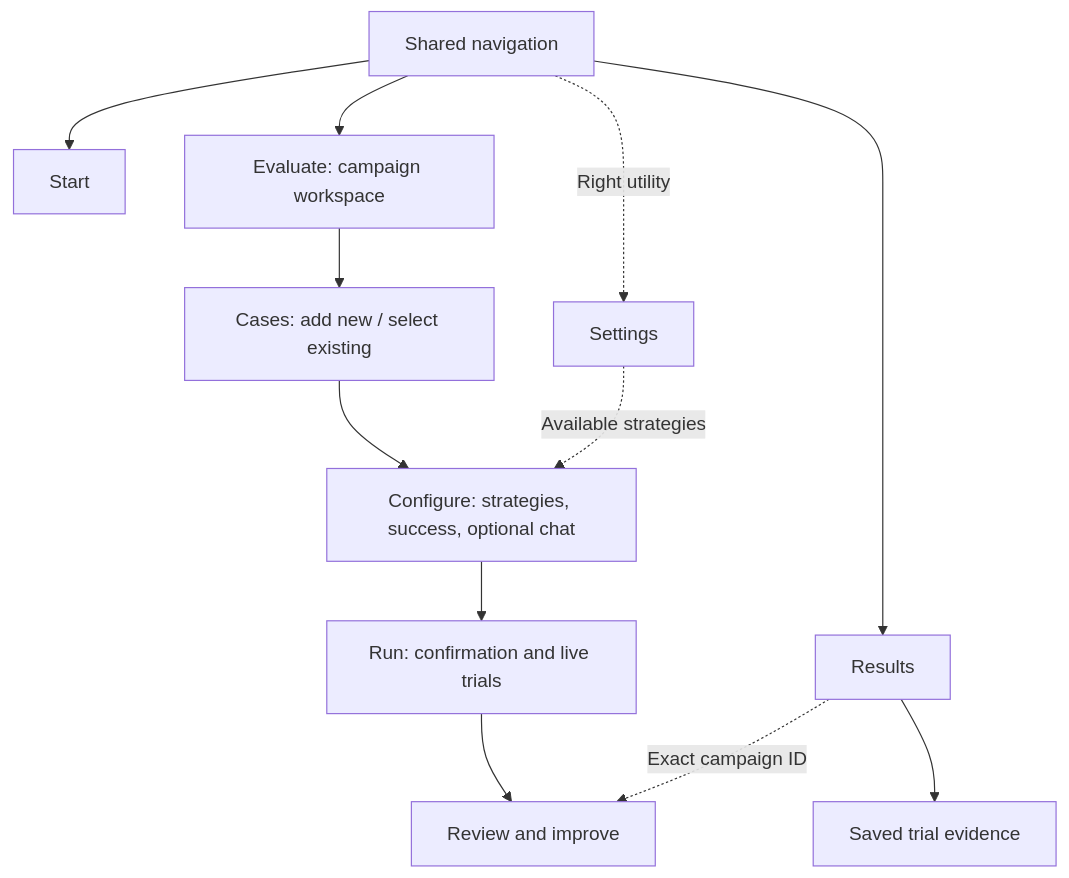
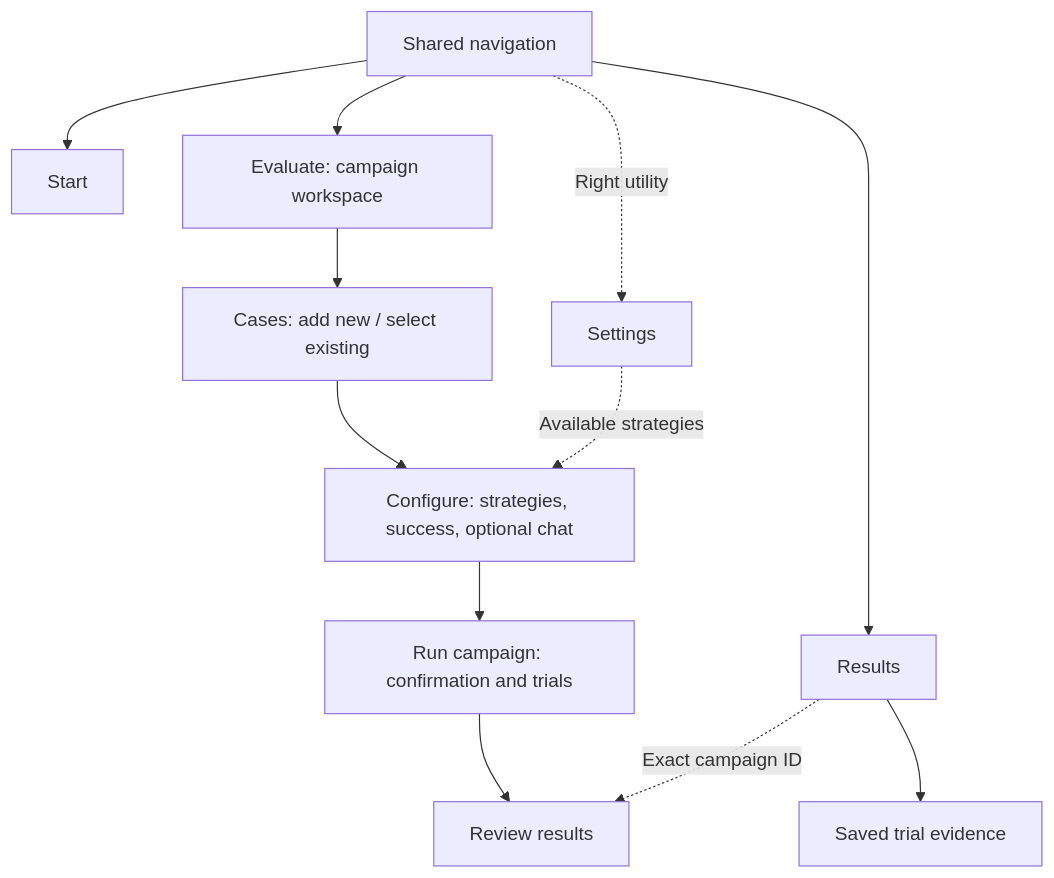
Before and after one commit to niksacdev/rove: the first of 2 diagrams in docs/architecture/ADR-025-workflow-navigation.md, drawn with Mermaid. The commit also changed other lines of this file and 43 other files, not shown here.

````diff
--- a/docs/architecture/ADR-025-workflow-navigation.md
+++ b/docs/architecture/ADR-025-workflow-navigation.md
@@ -28,14 +28,14 @@
 ```mermaid
 flowchart TD
     N["Shared navigation"] --> S["Start"]
     N --> E["Evaluate: campaign workspace"]
     N --> R["Results"]
     N -. Right utility .-> U["Settings"]
     E --> C["Cases: add new / select existing"]
     C --> F["Configure: strategies, success, optional chat"]
-    F --> L["Run: confirmation and live trials"]
-    L --> V["Review and improve"]
+    F --> L["Run campaign: confirmation and trials"]
+    L --> V["Review results"]
     R --> T["Saved trial evidence"]
     R -. Exact campaign ID .-> V
     U -. Available strategies .-> F
 ```
````
